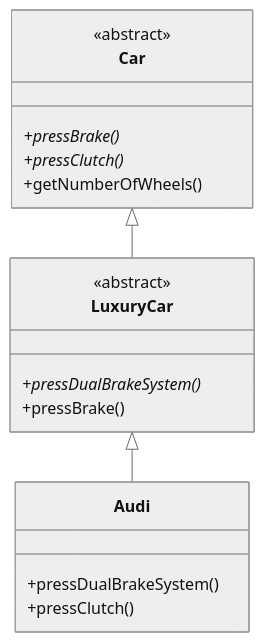
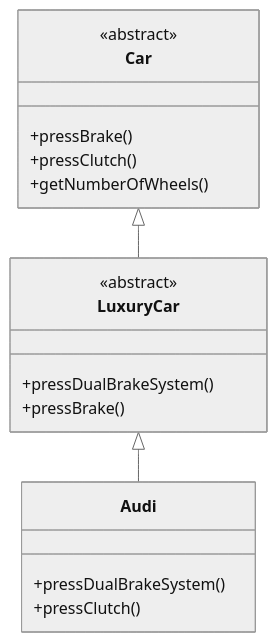
Before and after one commit to devgupta4526/CodePlus: the second of 8 diagrams in java-mastery/src/content/lessons/types-of-classes.mdx, drawn with Mermaid (neutral theme). The commit also changed other lines of this file and 153 other files, not shown here.

````diff
--- a/java-mastery/src/content/lessons/types-of-classes.mdx
+++ b/java-mastery/src/content/lessons/types-of-classes.mdx
@@ -322,20 +324,20 @@
 ```mermaid
 classDiagram
     class Car {
         <<abstract>>
-        +pressBrake() *
-        +pressClutch() *
+        +pressBrake()
+        +pressClutch()
         +getNumberOfWheels()
     }
     class LuxuryCar {
         <<abstract>>
-        +pressDualBrakeSystem() *
+        +pressDualBrakeSystem()
         +pressBrake()
     }
     class Audi {
         +pressDualBrakeSystem()
         +pressClutch()
     }
     Car <|-- LuxuryCar
     LuxuryCar <|-- Audi
 ```
````
